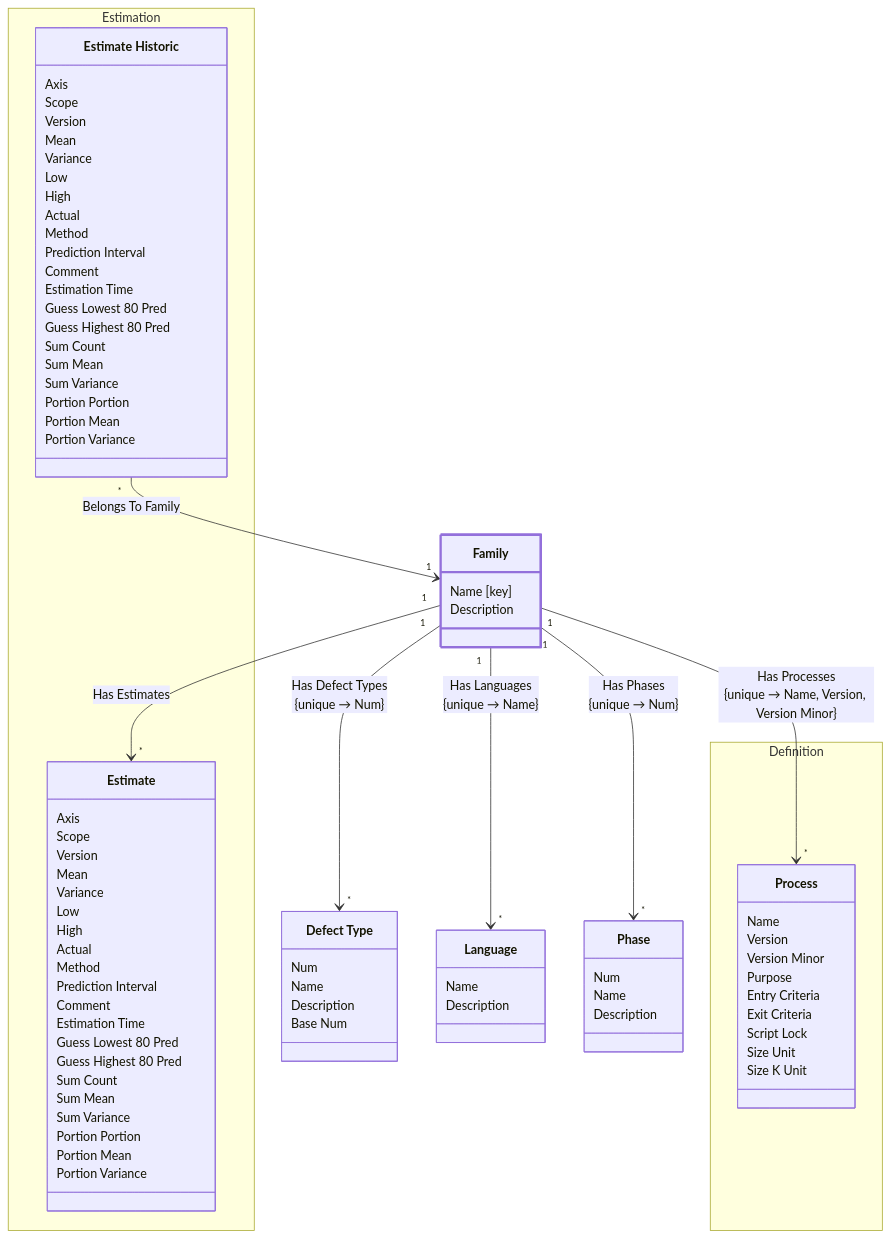
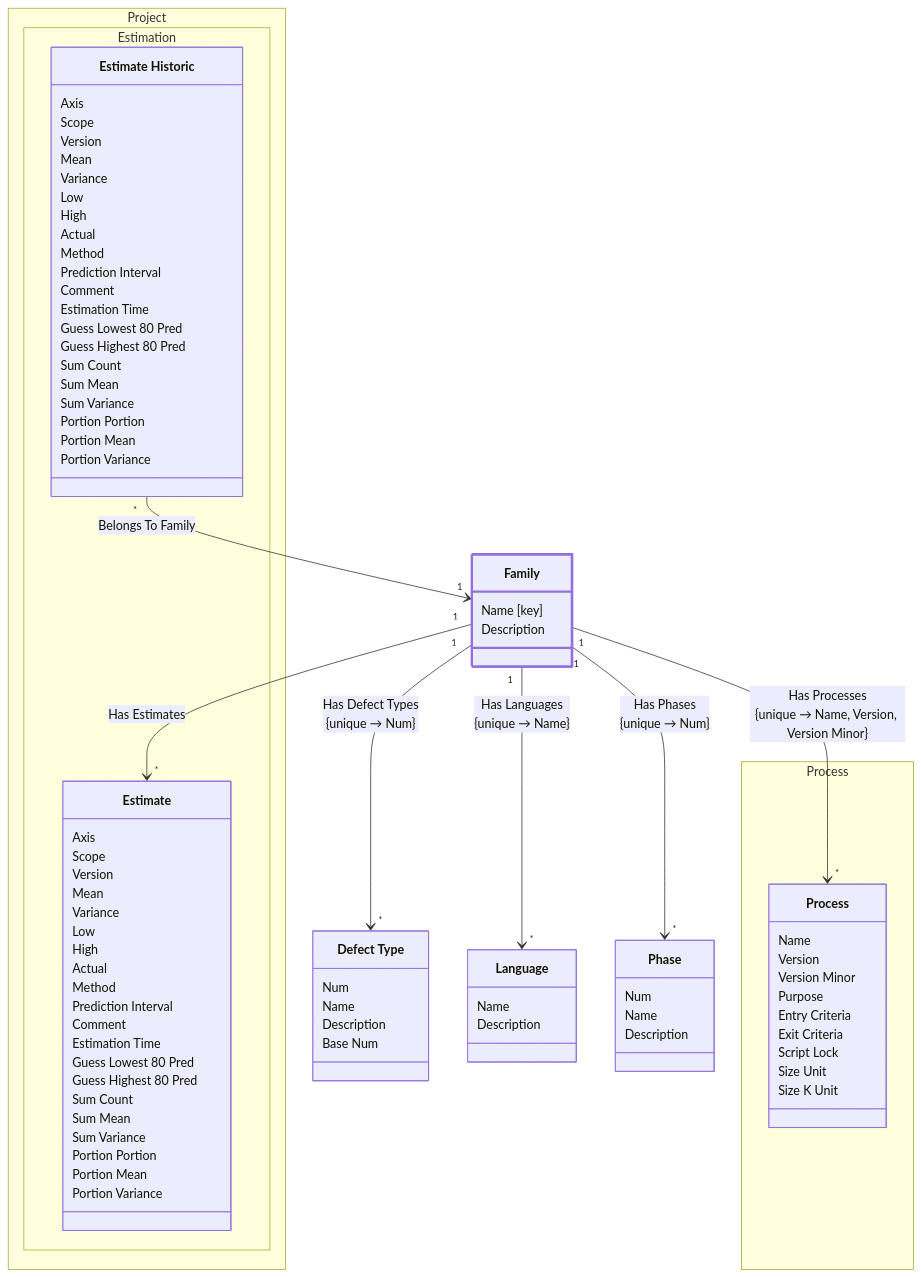
Before and after one commit to glemzurg/glemzurg: the diagram in examples/requirements/req/output/development/class-domain.process.subdomain.family.class.family.md, drawn with Mermaid. The commit also changed other lines of this file and 103 other files, not shown here.

```diff
--- a/examples/requirements/req/output/development/class-domain.process.subdomain.family.class.family.md
+++ b/examples/requirements/req/output/development/class-domain.process.subdomain.family.class.family.md
@@ -59,8 +59,8 @@
         Name
         Description
     }
-namespace Definition {
-class class_domain_process_subdomain_definition_class_process["Process"] {
+namespace Process {
+class class_domain_process_subdomain_process_class_process["Process"] {
             Name
             Version
             Version Minor
@@ -72,8 +72,8 @@
             Size K Unit
         }
 }
-namespace Estimation {
-class class_domain_process_subdomain_estimation_class_estimate["Estimate"] {
+namespace Project.Estimation {
+class class_domain_project_subdomain_estimation_class_estimate["Estimate"] {
             Axis
             Scope
             Version
@@ -95,7 +95,7 @@
             Portion Mean
             Portion Variance
         }
-class class_domain_process_subdomain_estimation_class_estimate_historic["Estimate Historic"] {
+class class_domain_project_subdomain_estimation_class_estimate_historic["Estimate Historic"] {
             Axis
             Scope
             Version
@@ -119,9 +119,9 @@
         }
 }
 style class_domain_process_subdomain_family_class_family stroke:#9370DB,stroke-width:3px
-class_domain_process_subdomain_estimation_class_estimate_historic "*" --> "1" class_domain_process_subdomain_family_class_family : Belongs To Family
-class_domain_process_subdomain_family_class_family "1" --> "*" class_domain_process_subdomain_definition_class_process : Has Processes<br/>{unique → Name, Version, Version Minor}
-class_domain_process_subdomain_family_class_family "1" --> "*" class_domain_process_subdomain_estimation_class_estimate : Has Estimates
+class_domain_process_subdomain_family_class_family "1" --> "*" class_domain_project_subdomain_estimation_class_estimate : Has Estimates
+class_domain_project_subdomain_estimation_class_estimate_historic "*" --> "1" class_domain_process_subdomain_family_class_family : Belongs To Family
+class_domain_process_subdomain_family_class_family "1" --> "*" class_domain_process_subdomain_process_class_process : Has Processes<br/>{unique → Name, Version, Version Minor}
 class_domain_process_subdomain_family_class_family "1" --> "*" class_domain_process_subdomain_family_class_defect_type : Has Defect Types<br/>{unique → Num}
 class_domain_process_subdomain_family_class_family "1" --> "*" class_domain_process_subdomain_family_class_language : Has Languages<br/>{unique → Name}
 class_domain_process_subdomain_family_class_family "1" --> "*" class_domain_process_subdomain_family_class_phase : Has Phases<br/>{unique → Num}
```
